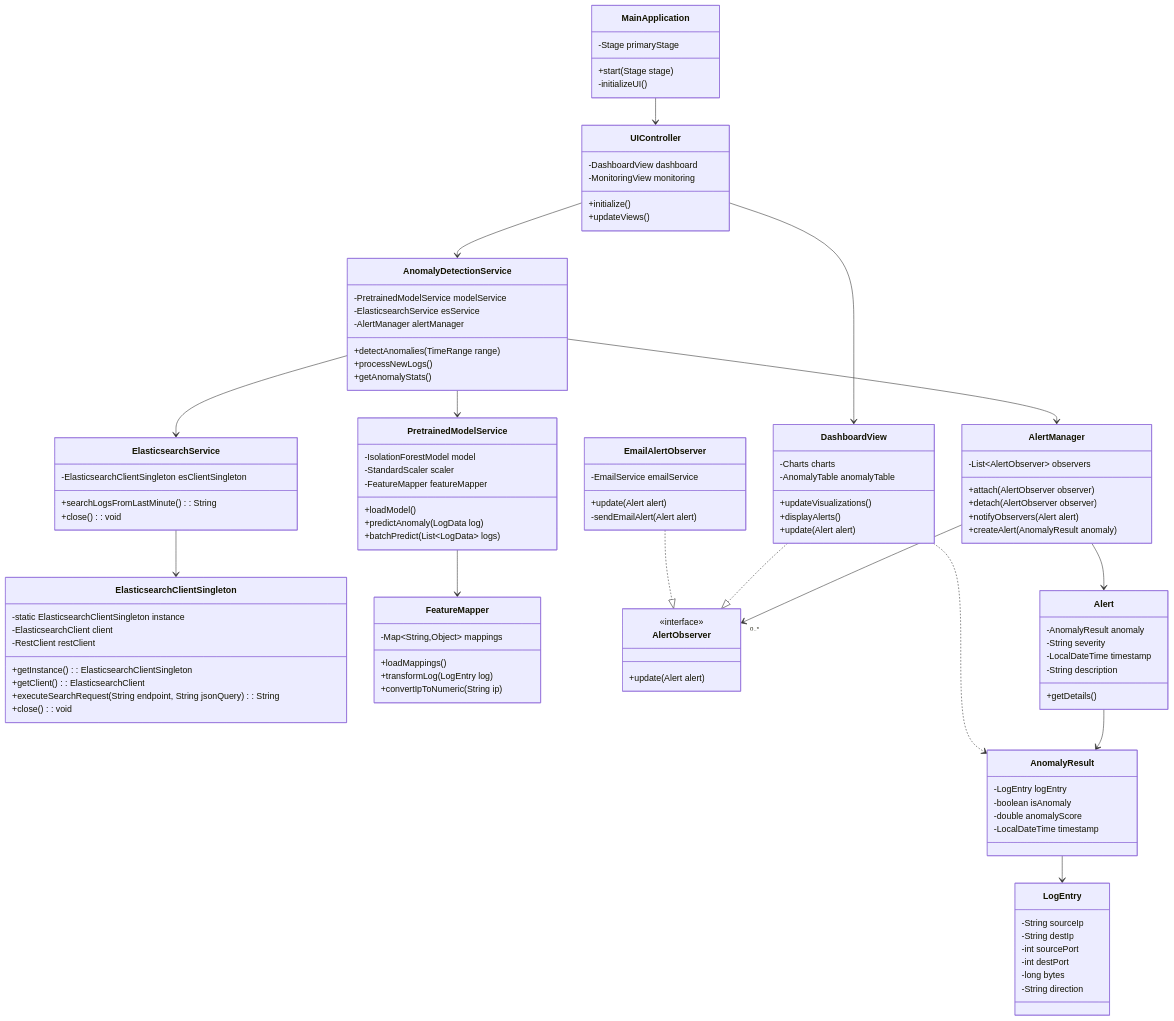
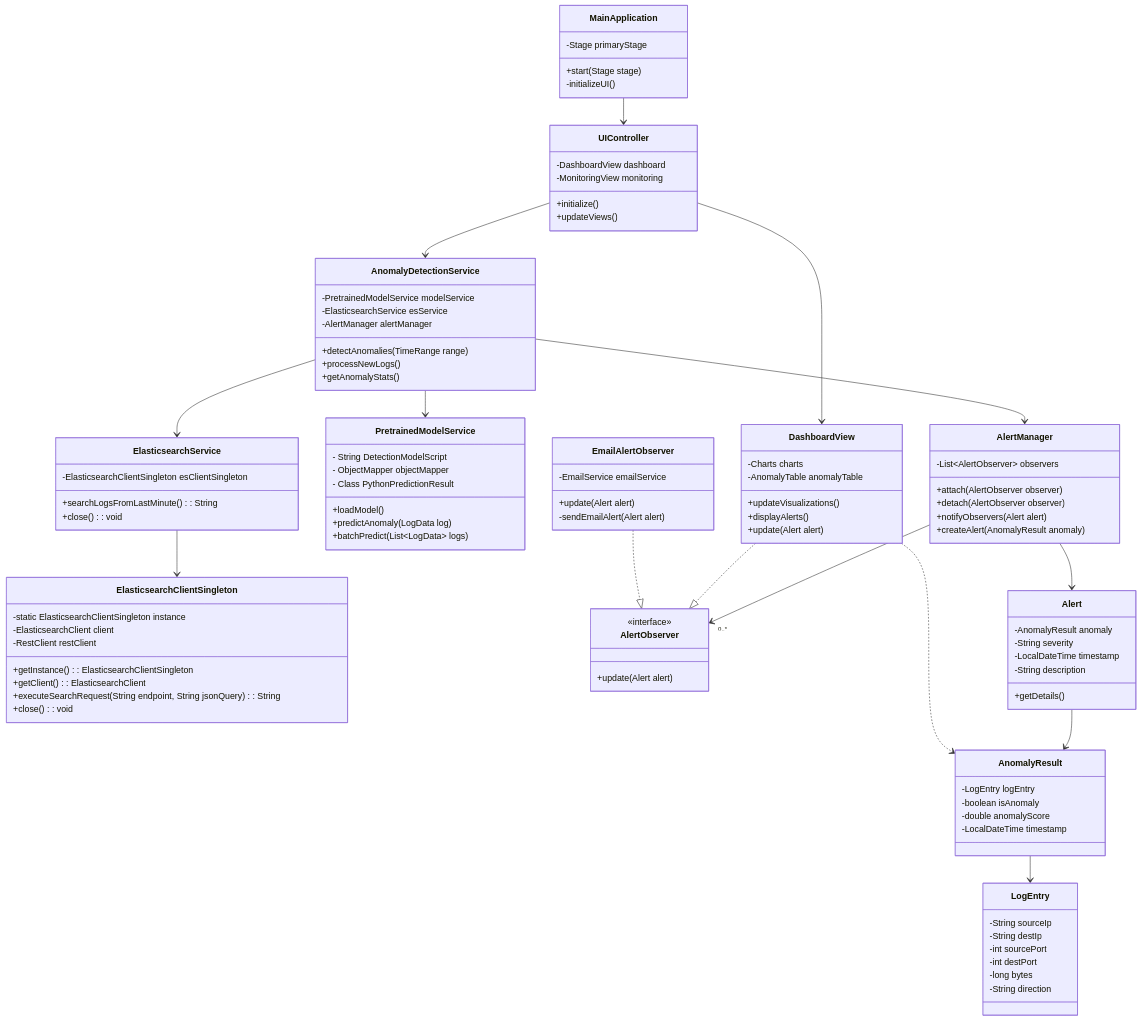
The diagram in src/main/java/com/example/anomalydetection/ClassDiagram.mermaid (omarelkadiri/AnomalyDetection_AI), drawn with Mermaid before and after one commit.

Commit message:
3. La modification de la Conception

```diff
--- a/src/main/java/com/example/anomalydetection/ClassDiagram.mermaid
+++ b/src/main/java/com/example/anomalydetection/ClassDiagram.mermaid
@@ -1,121 +1,115 @@
 classDiagram
     class MainApplication {
         -Stage primaryStage
         +start(Stage stage)
         -initializeUI()
     }
     
     class UIController {
         -DashboardView dashboard
         -MonitoringView monitoring
         +initialize()
         +updateViews()
     }
     
  class ElasticsearchService {
         -ElasticsearchClientSingleton esClientSingleton
         +searchLogsFromLastMinute(): String
         +close(): void
     }
 
     class ElasticsearchClientSingleton {
         -static ElasticsearchClientSingleton instance
         -ElasticsearchClient client
         -RestClient restClient
         +getInstance(): ElasticsearchClientSingleton
         +getClient(): ElasticsearchClient
         +executeSearchRequest(String endpoint, String jsonQuery): String
         +close(): void
     }
     
     class PretrainedModelService {
-        -IsolationForestModel model
-        -StandardScaler scaler
-        -FeatureMapper featureMapper
+        - String DetectionModelScript
+        - ObjectMapper objectMapper
+        - Class PythonPredictionResult
         +loadModel()
         +predictAnomaly(LogData log)
         +batchPredict(List~LogData~ logs)
     }
     
-    class FeatureMapper {
-        -Map~String,Object~ mappings
-        +loadMappings()
-        +transformLog(LogEntry log)
-        +convertIpToNumeric(String ip)
-    }
+
 
     class AlertManager {
         -List~AlertObserver~ observers
         +attach(AlertObserver observer)
         +detach(AlertObserver observer)
         +notifyObservers(Alert alert)
         +createAlert(AnomalyResult anomaly)
     }
 
     class AlertObserver {
         <<interface>>
         +update(Alert alert)
     }
 
     class DashboardView {
         -Charts charts
         -AnomalyTable anomalyTable
         +updateVisualizations()
         +displayAlerts()
         +update(Alert alert)
     }
 
     class EmailAlertObserver {
         -EmailService emailService
         +update(Alert alert)
         -sendEmailAlert(Alert alert)
     }
 
     class Alert {
         -AnomalyResult anomaly
         -String severity
         -LocalDateTime timestamp
         -String description
         +getDetails()
     }
 
     class AnomalyDetectionService {
         -PretrainedModelService modelService
         -ElasticsearchService esService
         -AlertManager alertManager
         +detectAnomalies(TimeRange range)
         +processNewLogs()
         +getAnomalyStats()
     }
 
     class LogEntry {
         -String sourceIp
         -String destIp
         -int sourcePort
         -int destPort
         -long bytes
         -String direction
     }
     
     class AnomalyResult {
         -LogEntry logEntry
         -boolean isAnomaly
         -double anomalyScore
         -LocalDateTime timestamp
     }
 
     MainApplication --> UIController
     UIController --> DashboardView
     UIController --> AnomalyDetectionService
     AnomalyDetectionService --> ElasticsearchService
     ElasticsearchService --> ElasticsearchClientSingleton
     AnomalyDetectionService --> PretrainedModelService
     AnomalyDetectionService --> AlertManager
-    PretrainedModelService --> FeatureMapper
     AlertManager --> "0..*" AlertObserver
     DashboardView ..|> AlertObserver
     EmailAlertObserver ..|> AlertObserver
     AlertManager --> Alert
     Alert --> AnomalyResult
     DashboardView ..> AnomalyResult
     AnomalyResult --> LogEntry
```
